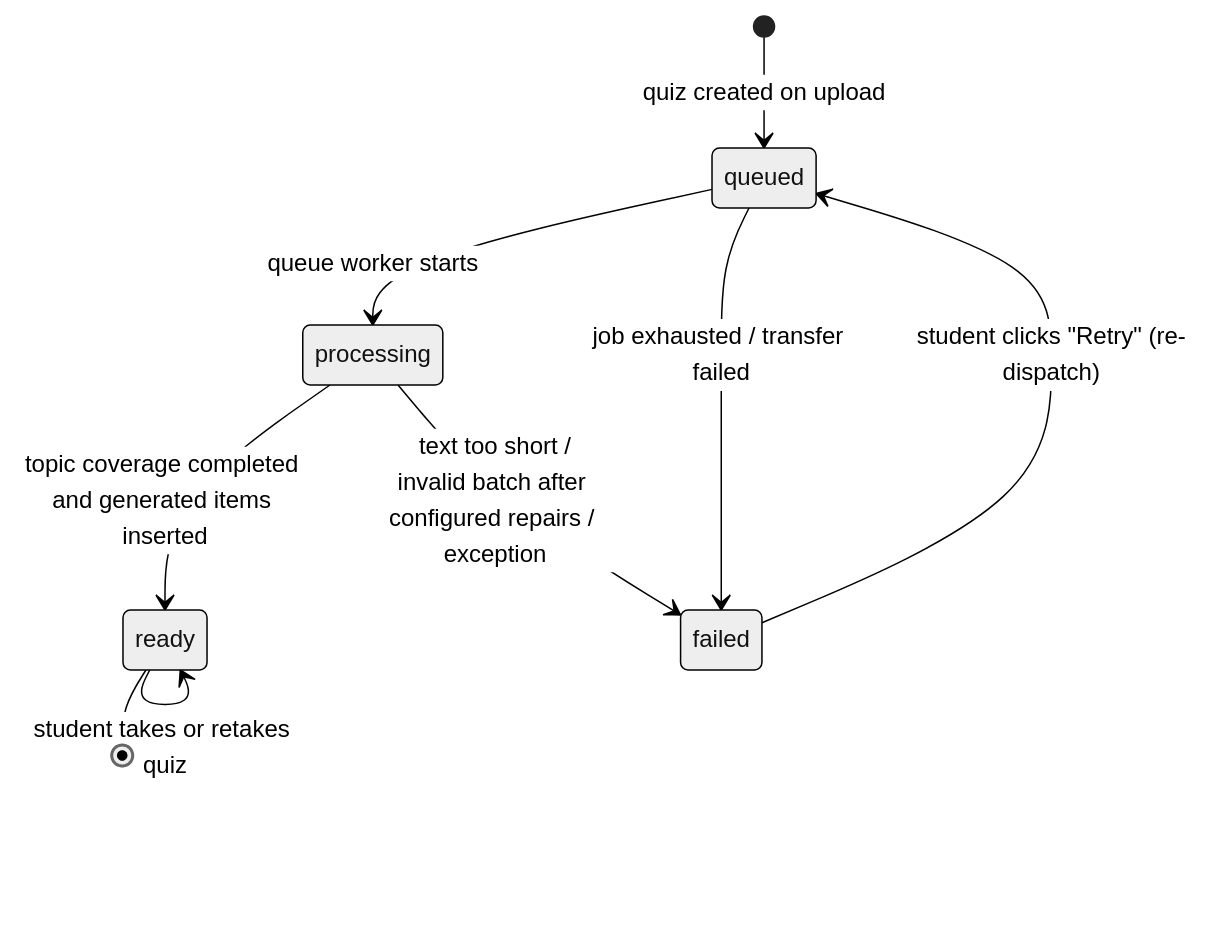
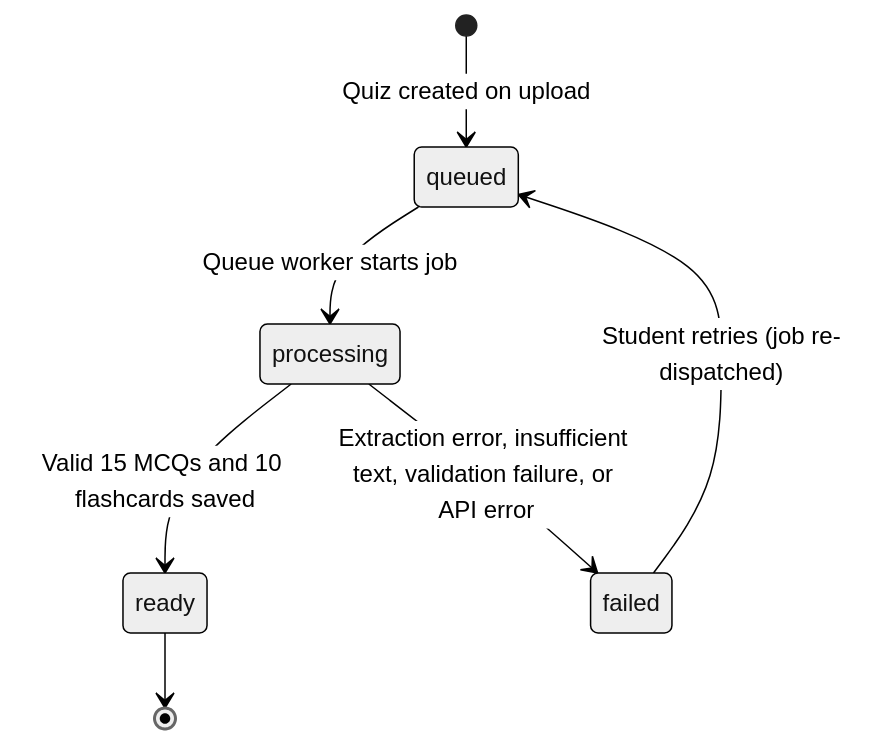
One commit to natsuck/aguhonai changed the diagram in docs/thesis-diagrams/10-quiz-status-state-diagram.md. Above: the diagram before and after it, drawn with Mermaid (neutral theme). The commit also changed other lines of this file and 20 other files, not shown here.

Commit message:
added diagrams

````diff
--- a/docs/thesis-diagrams/10-quiz-status-state-diagram.md
+++ b/docs/thesis-diagrams/10-quiz-status-state-diagram.md
@@ -3,11 +3,9 @@
 ```mermaid
 stateDiagram-v2
-    [*] --> queued: quiz created on upload
-    queued --> processing: queue worker starts
-    processing --> ready: topic coverage completed and generated items inserted
-    processing --> failed: text too short /<br/>invalid batch after configured repairs / exception
-    failed --> queued: student clicks "Retry" (re-dispatch)
-    ready --> ready: student takes or retakes quiz
+    [*] --> queued: Quiz created on upload
+    queued --> processing: Queue worker starts job
+    processing --> ready: Valid 15 MCQs and 10 flashcards saved
+    processing --> failed: Extraction error, insufficient text, validation failure, or API error
+    failed --> queued: Student retries (job re-dispatched)
     ready --> [*]
-    queued --> failed: job exhausted / transfer failed
 ```
````
